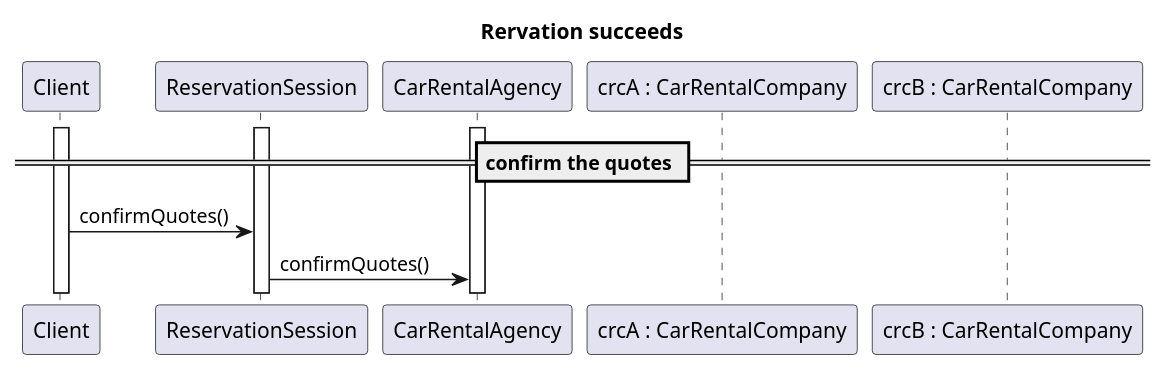
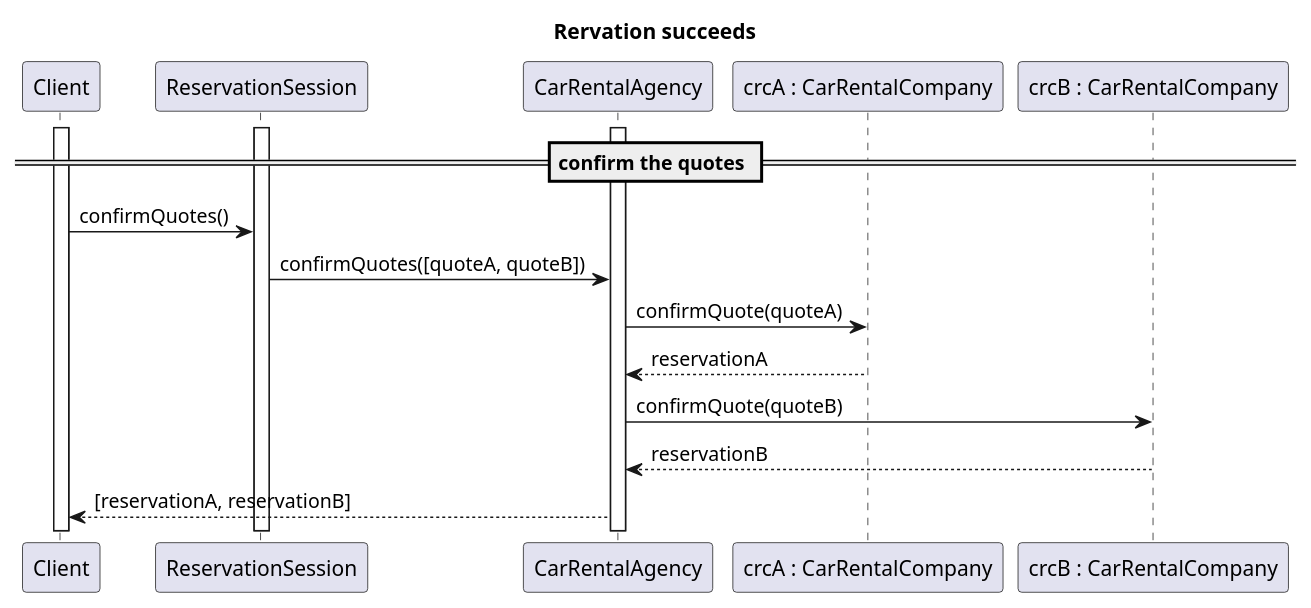
One commit to Bhamoss/java_rmi_ds_project changed the diagram in diagrams/sequenceDiagrams/reservationSucceeds.puml. Above: the diagram before and after it, drawn with PlantUML. The commit also changed 3 other files, not shown here.

Commit message:
sequence diagram af denk ik

```diff
--- a/diagrams/sequenceDiagrams/reservationSucceeds.puml
+++ b/diagrams/sequenceDiagrams/reservationSucceeds.puml
@@ -1,25 +1,31 @@
 @startuml
 title "Rervation succeeds"
 
 participant Client
 participant ReservationSession
 participant CarRentalAgency
 participant "crcA : CarRentalCompany" as CarRentalCompanyA
 participant "crcB : CarRentalCompany" as CarRentalCompanyB
 
 
 activate Client
 activate ReservationSession
 activate CarRentalAgency
 
 == confirm the quotes ==
 
 Client -> ReservationSession: confirmQuotes()
-ReservationSession -> CarRentalAgency: confirmQuotes()
-' TODO: verder aanvullen wat cra met confirmquotes doet
-'   zijn quotes nog valid, zo ja confirm ze
+ReservationSession -> CarRentalAgency: confirmQuotes([quoteA, quoteB])
 
+CarRentalAgency->CarRentalCompanyA: confirmQuote(quoteA)
+CarRentalCompanyA--> CarRentalAgency: reservationA
+
+
+CarRentalAgency->CarRentalCompanyB: confirmQuote(quoteB)
+CarRentalCompanyB--> CarRentalAgency: reservationB
+
+CarRentalAgency-->Client: [reservationA, reservationB]
 
 
 
 @enduml
```
